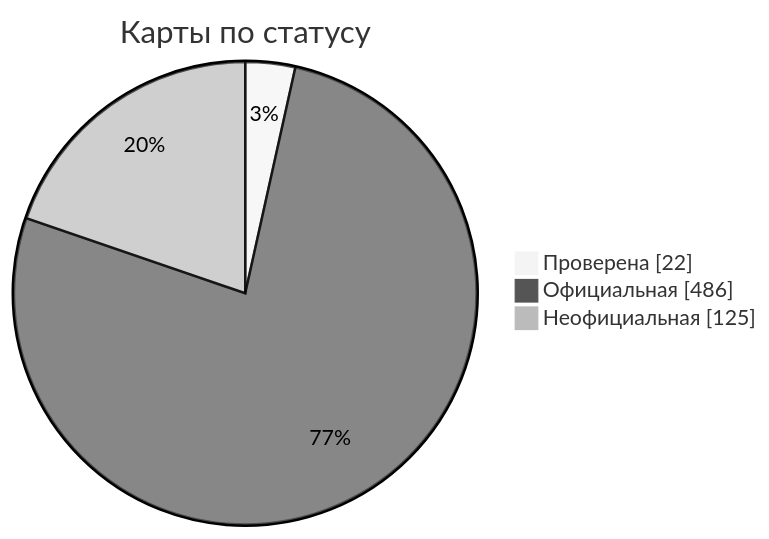
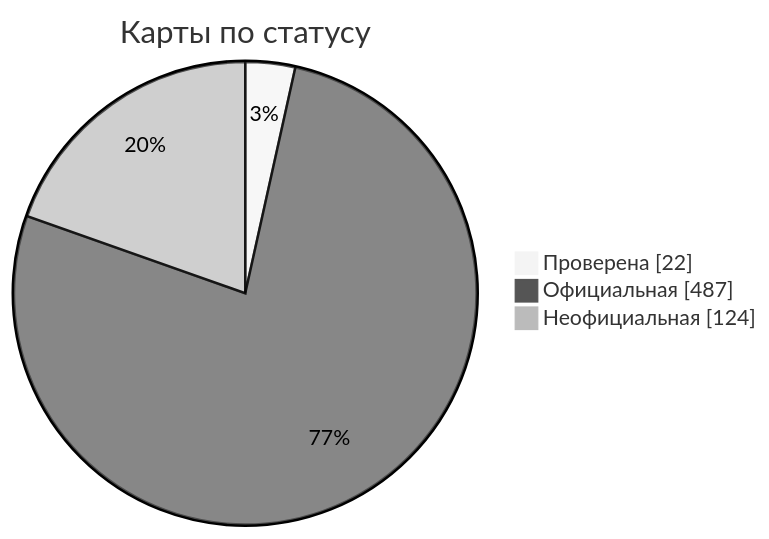
One commit to nobrega8/mbmap-library changed the diagram in docs/readme/README_RU.md. Above: the diagram before and after it, drawn with Mermaid (neutral theme). The commit also changed 6 other files, not shown here.

````diff
--- a/docs/readme/README_RU.md
+++ b/docs/readme/README_RU.md
@@ -54,7 +54,7 @@
 ```mermaid
 pie showData
     title Карты по статусу
     "Проверена" : 22
-    "Официальная" : 486
-    "Неофициальная" : 125
+    "Официальная" : 487
+    "Неофициальная" : 124
 ```
````
